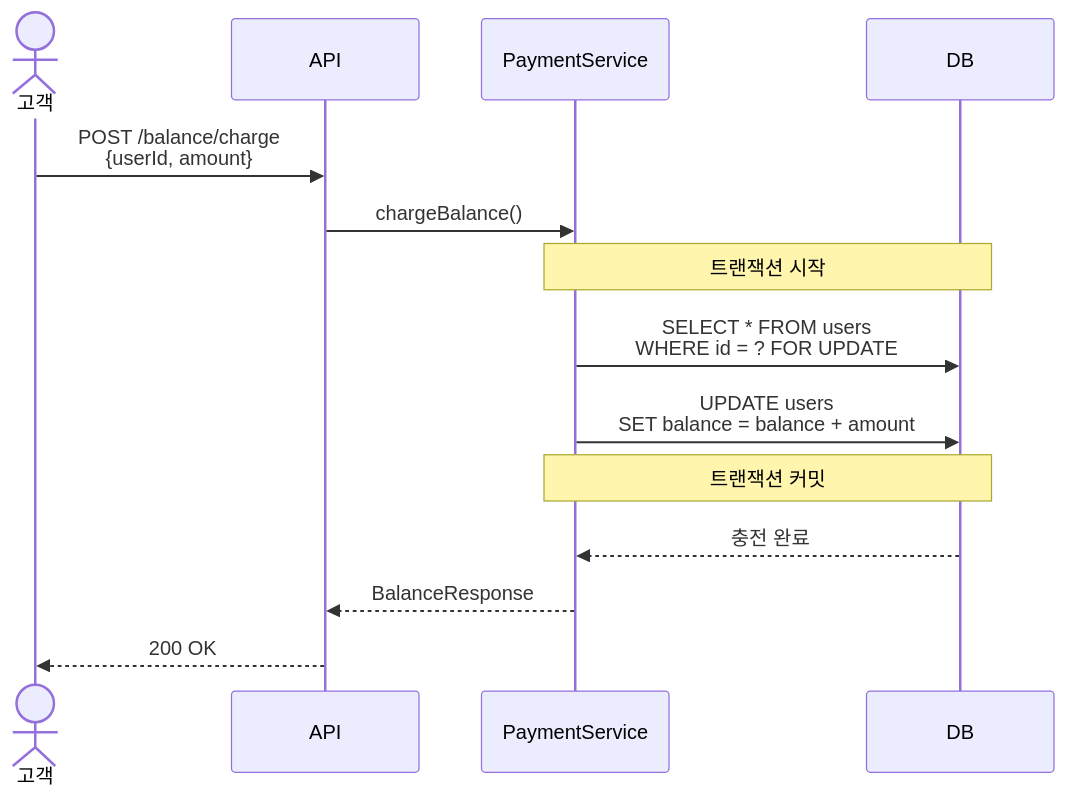
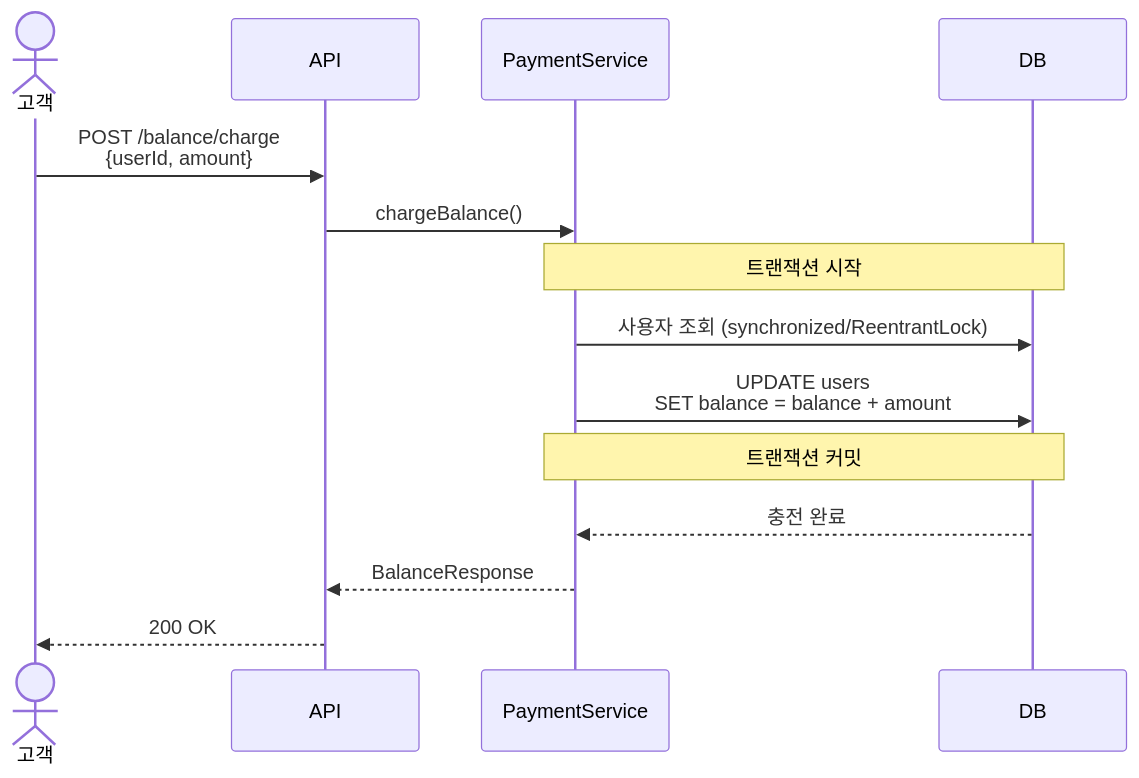
Before and after one commit to jaedeokhan/start-study: the seventh of 9 diagrams in week2-api-design-management/api-swagger/docs/api/sequence-diagrams.md, drawn with Mermaid. The commit also changed other lines of this file and 6 other files, not shown here.

Commit message:
chore: 상품, 주문, 결제, 쿠폰, 재고 ERD 및 시퀀스 및 ERD 구성

````diff
--- a/week2-api-design-management/api-swagger/docs/api/sequence-diagrams.md
+++ b/week2-api-design-management/api-swagger/docs/api/sequence-diagrams.md
@@ -191,21 +191,21 @@
 ```mermaid
 sequenceDiagram
     actor 고객
     participant API
     participant PaymentService
     participant DB
 
     고객->>API: POST /balance/charge<br/>{userId, amount}
     API->>PaymentService: chargeBalance()
 
     Note over PaymentService,DB: 트랜잭션 시작
 
-    PaymentService->>DB: SELECT * FROM users<br/>WHERE id = ? FOR UPDATE
+    PaymentService->>DB: 사용자 조회 (synchronized/ReentrantLock)
     PaymentService->>DB: UPDATE users<br/>SET balance = balance + amount
 
     Note over PaymentService,DB: 트랜잭션 커밋
 
     DB-->>PaymentService: 충전 완료
     PaymentService-->>API: BalanceResponse
     API-->>고객: 200 OK
 ```
````
